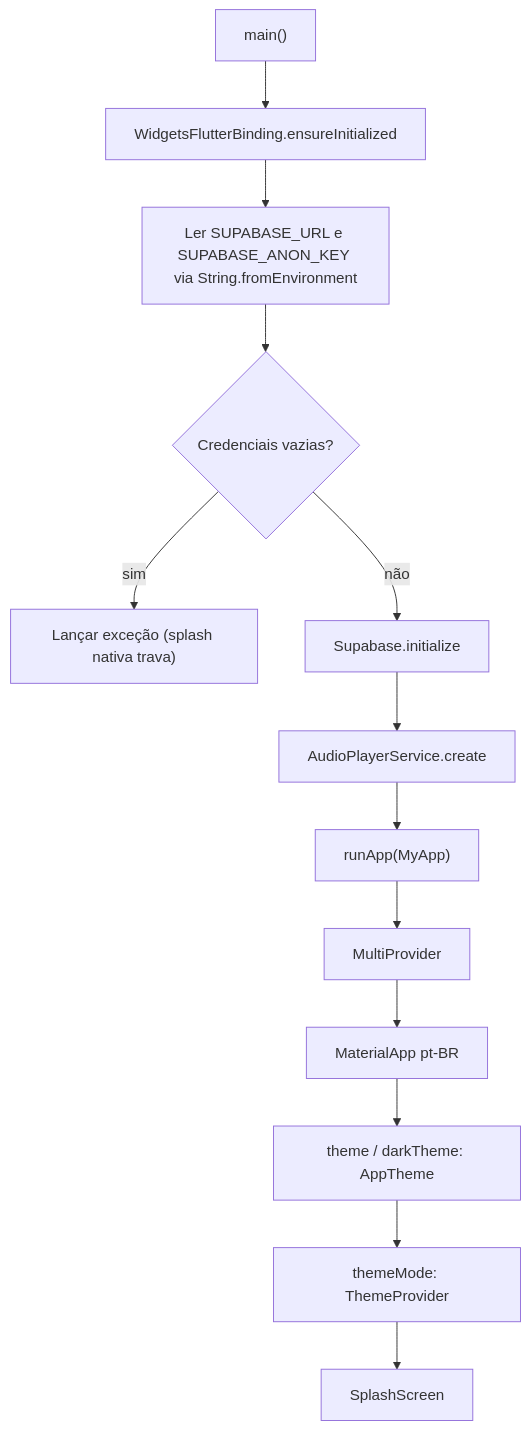
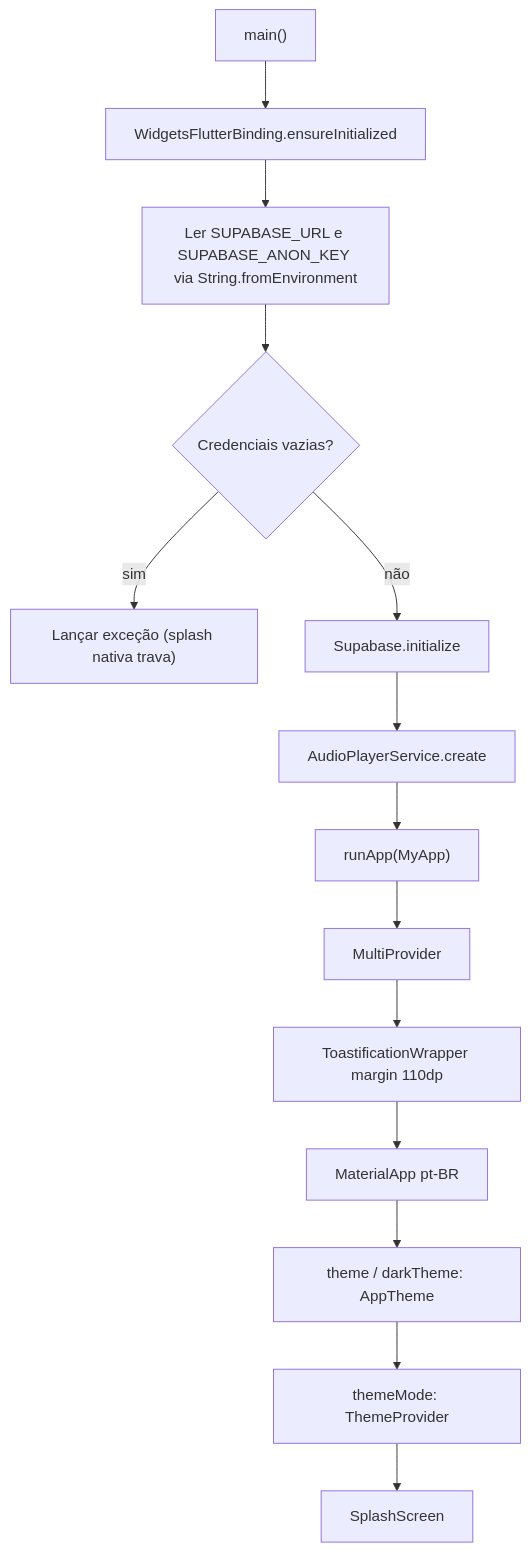
Before and after one commit to Rdinda/FMA_Pontos: the first of 3 diagrams in _reversa_sdd/flowcharts/app-bootstrap.md, drawn with Mermaid. The commit also changed other lines of this file and 43 other files, not shown here.

````diff
--- a/_reversa_sdd/flowcharts/app-bootstrap.md
+++ b/_reversa_sdd/flowcharts/app-bootstrap.md
@@ -3,15 +3,16 @@
 ```mermaid
 flowchart TD
   A["main()"] --> B["WidgetsFlutterBinding.ensureInitialized"]
   B --> C["Ler SUPABASE_URL e SUPABASE_ANON_KEY via String.fromEnvironment"]
   C --> D{"Credenciais vazias?"}
   D -- "sim" --> E["Lançar exceção (splash nativa trava)"]
   D -- "não" --> F["Supabase.initialize"]
   F --> G["AudioPlayerService.create"]
   G --> H["runApp(MyApp)"]
   H --> I["MultiProvider"]
-  I --> J["MaterialApp pt-BR"]
+  I --> TW["ToastificationWrapper margin 110dp"]
+  TW --> J["MaterialApp pt-BR"]
   J --> J1["theme / darkTheme: AppTheme"]
   J1 --> J2["themeMode: ThemeProvider"]
   J2 --> K["SplashScreen"]
 ```
````
